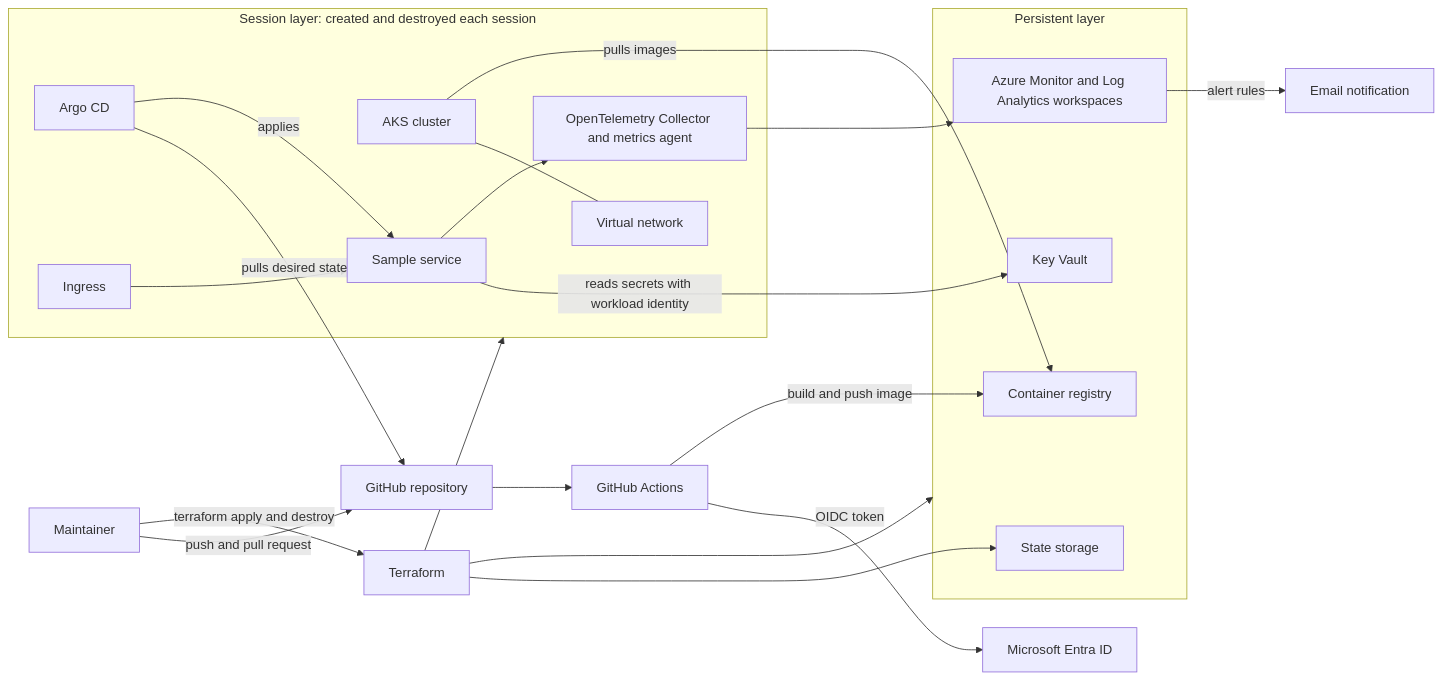
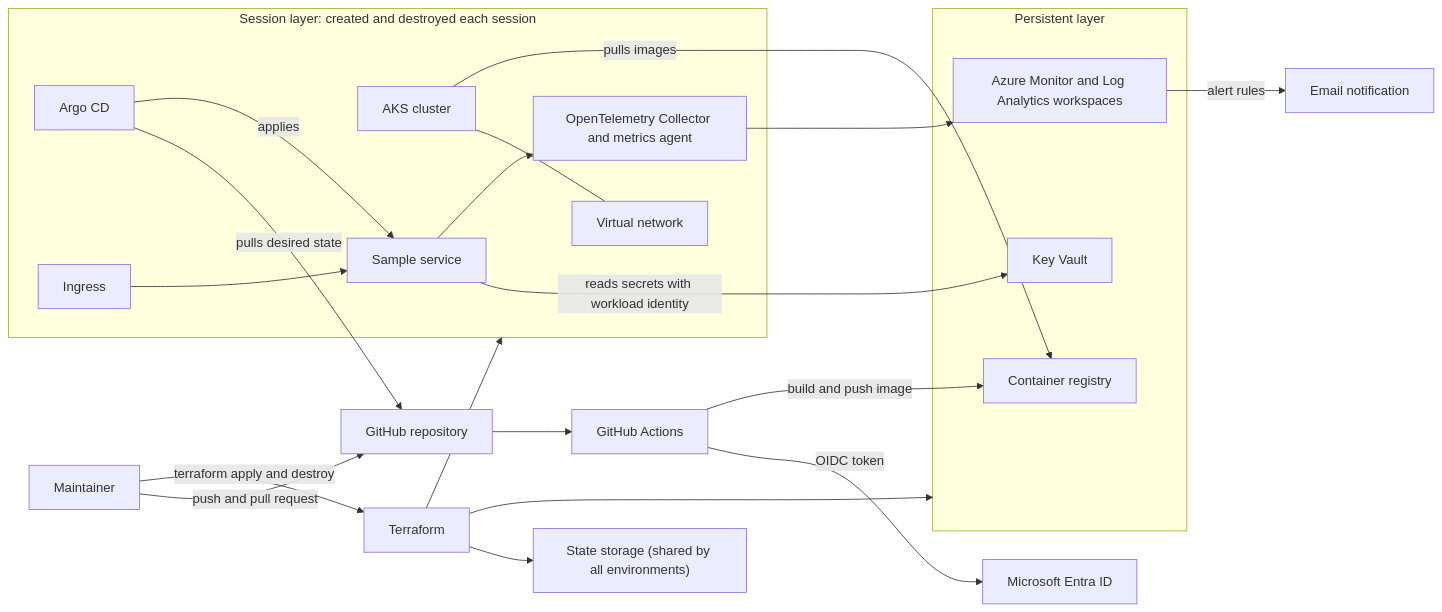
The first of 2 diagrams in docs/architecture.md (Franklindot04/production-platform-Azure), drawn with Mermaid before and after one commit. The commit also changed other lines of this file, not shown here.

Commit message:
add environment separation to architecture document (#16)

````diff
--- a/docs/architecture.md
+++ b/docs/architecture.md
@@ -73,37 +76,37 @@
 ```mermaid
 flowchart LR
     maint["Maintainer"] -->|"push and pull request"| repo["GitHub repository"]
     repo --> actions["GitHub Actions"]
     actions -->|"OIDC token"| entra["Microsoft Entra ID"]
     actions -->|"build and push image"| acr["Container registry"]
     maint -->|"terraform apply and destroy"| tf["Terraform"]
+    state["State storage (shared by all environments)"]
 
     subgraph persistent ["Persistent layer"]
-        state["State storage"]
         kv["Key Vault"]
         mon["Azure Monitor and Log Analytics workspaces"]
         acr
     end
 
     subgraph session ["Session layer: created and destroyed each session"]
         vnet["Virtual network"]
         aks["AKS cluster"]
         argo["Argo CD"]
         ingress["Ingress"]
         svc["Sample service"]
         otel["OpenTelemetry Collector and metrics agent"]
     end
 
     tf --> state
     tf --> persistent
     tf --> session
     aks --- vnet
     argo -->|"pulls desired state"| repo
     argo -->|"applies"| svc
     aks -->|"pulls images"| acr
     svc -->|"reads secrets with workload identity"| kv
     ingress --> svc
     svc --> otel
     otel --> mon
     mon -->|"alert rules"| notify["Email notification"]
 ```
````
